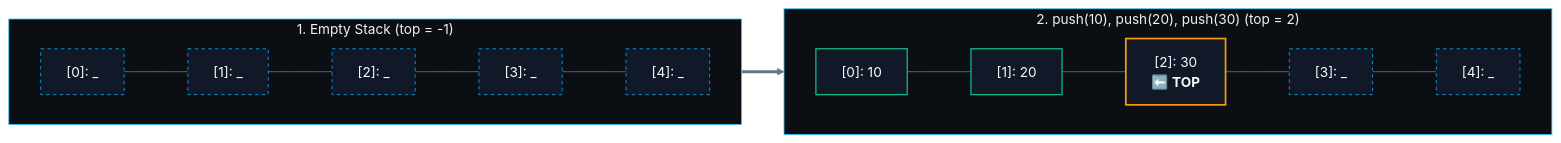
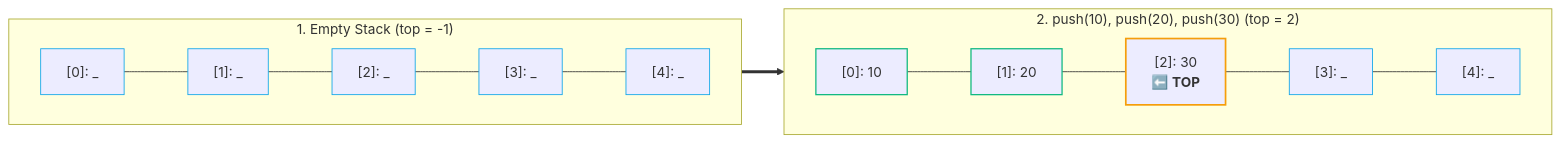
One commit to abhinavbharti2345/CS_Notes changed the second of 5 diagrams in CS/DSA/06. Stacks & Queues/02. Stack Implementation from Scratch.md. Above: the diagram before and after it, drawn with Mermaid. The commit also changed other lines of this file and 91 other files, not shown here.

````diff
--- a/CS/DSA/06. Stacks & Queues/02. Stack Implementation from Scratch.md
+++ b/CS/DSA/06. Stacks & Queues/02. Stack Implementation from Scratch.md
@@ -60,22 +59,21 @@
 ```mermaid
-%%{init: {'theme': 'base', 'themeVariables': { 'darkMode': true, 'background': '#0B0F14', 'mainBkg': '#111827', 'primaryColor': '#111827', 'primaryTextColor': '#F8FAFC', 'primaryBorderColor': '#38BDF8', 'lineColor': '#64748B', 'secondaryColor': '#0B0F14', 'tertiaryColor': '#0B0F14', 'clusterBkg': '#0B0F14', 'clusterBorder': '#38BDF8' }}}%%
 flowchart LR
     subgraph EmptyState ["1. Empty Stack (top = -1)"]
         direction LR
         E0["[0]: _"] --- E1["[1]: _"] --- E2["[2]: _"] --- E3["[3]: _"] --- E4["[4]: _"]
     end
 
     subgraph PushedState ["2. push(10), push(20), push(30) (top = 2)"]
         direction LR
         F0["[0]: 10"] --- F1["[1]: 20"] --- F2["[2]: 30<br/>⬅️ <b>TOP</b>"] --- F3["[3]: _"] --- F4["[4]: _"]
     end
 
     EmptyState ==> PushedState
 
-    classDef empty fill:#111827,stroke:#0ea5e9,stroke-width:1px,stroke-dasharray:4 4,color:#F8FAFC;
-    classDef filled fill:#111827,stroke:#10b981,stroke-width:1.5px,color:#F8FAFC;
-    classDef topCell fill:#111827,stroke:#f59e0b,stroke-width:2px,color:#F8FAFC;
+    classDef empty stroke:#0ea5e9,stroke-width:1px;
+    classDef filled stroke:#10b981,stroke-width:1.5px;
+    classDef topCell stroke:#f59e0b,stroke-width:2px;
     class E0,E1,E2,E3,E4,F3,F4 empty;
     class F0,F1 filled;
     class F2 topCell;
 ```
````
